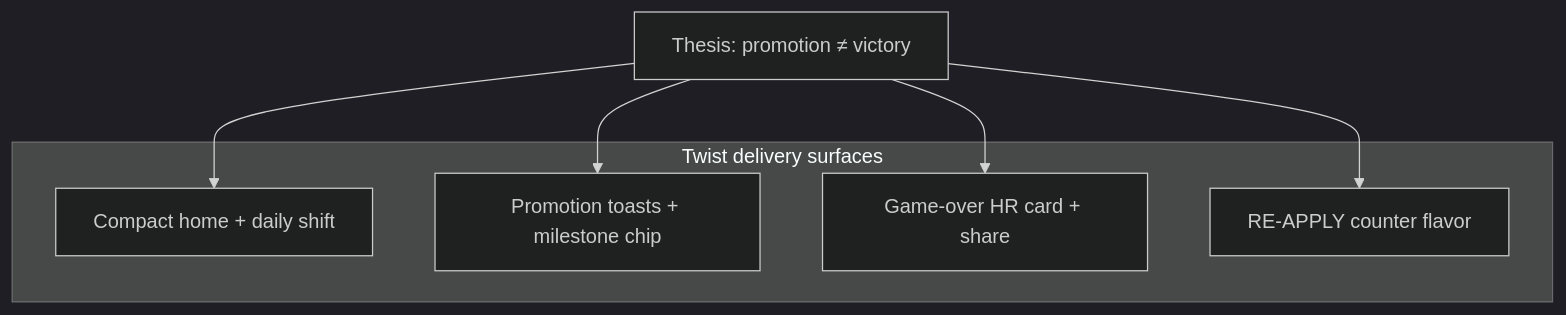
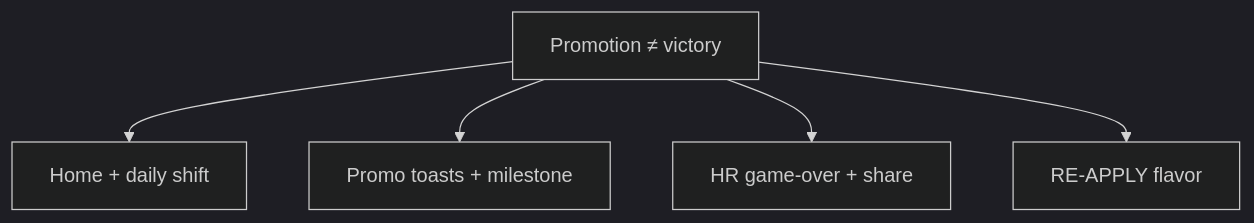
One commit to DITreneris/ladder changed the diagram in ROADMAP.md. Above: the diagram before and after it, drawn with Mermaid (dark theme). The commit also changed other lines of this file and 54 other files, not shown here.

````diff
--- a/ROADMAP.md
+++ b/ROADMAP.md
@@ -101,14 +120,12 @@
 ```mermaid
 flowchart TB
-  subgraph surfaces [Twist delivery surfaces]
-    Home[Compact home + daily shift]
-    Run[Promotion toasts + milestone chip]
-    Death[Game-over HR card + share]
-    Retry[RE-APPLY counter flavor]
-  end
-  Thesis["Thesis: promotion ≠ victory"]
+  Thesis["Promotion ≠ victory"]
+  Home[Home + daily shift]
+  Run[Promo toasts + milestone]
+  Death[HR game-over + share]
+  Retry[RE-APPLY flavor]
   Thesis --> Home
   Thesis --> Run
   Thesis --> Death
   Thesis --> Retry
 ```
````
